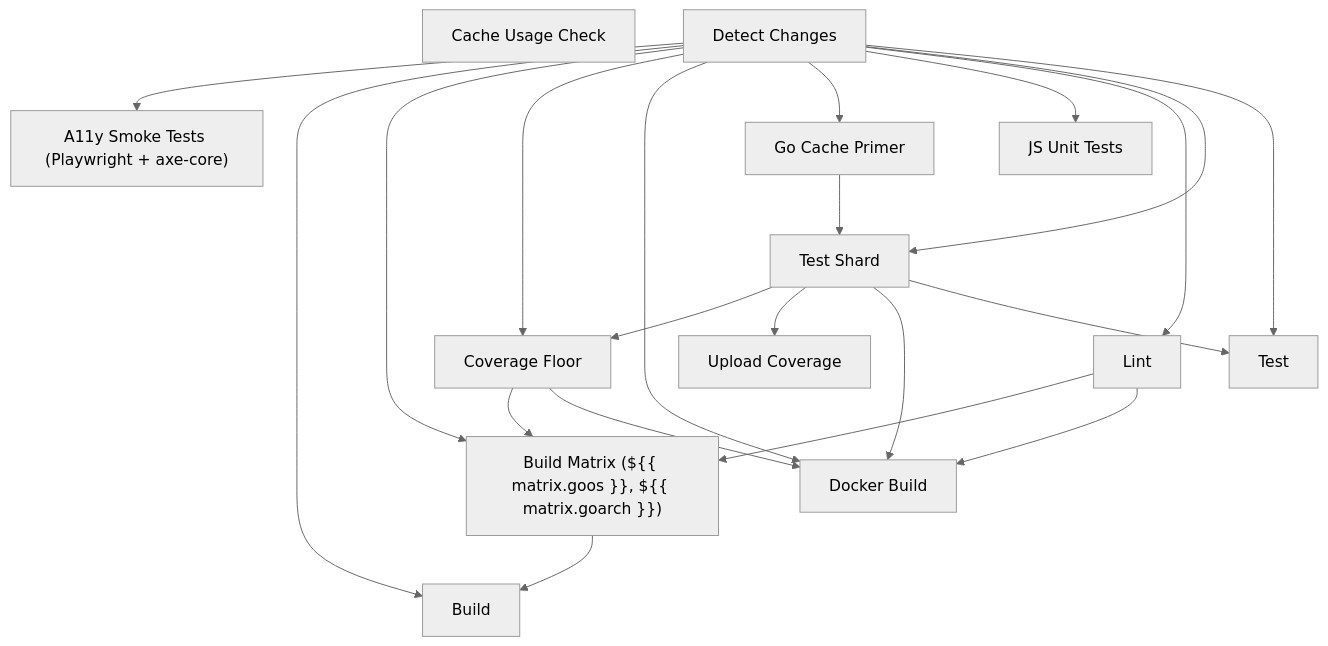
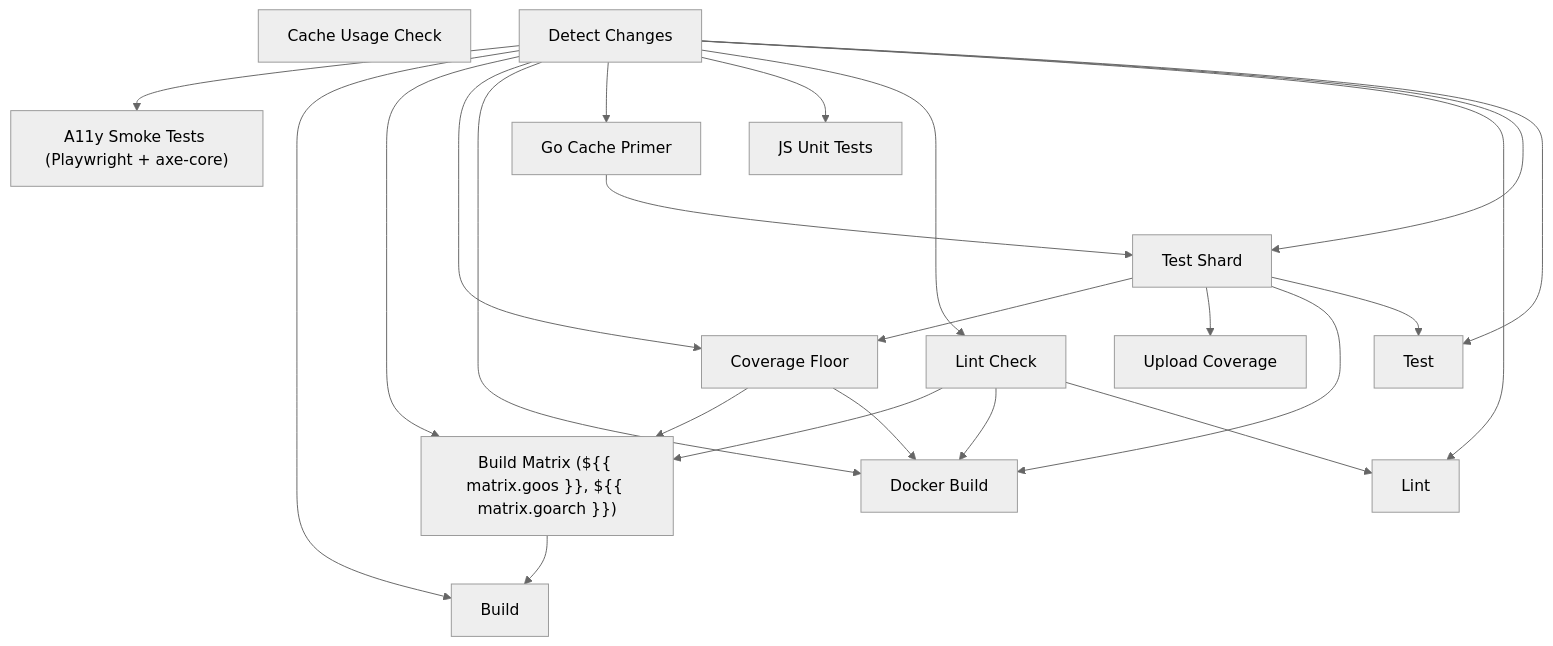
The diagram in docs/_generated/ci-reference.md (sydlexius/stillwater), drawn with Mermaid (neutral theme) before and after one commit. The commit also changed 6 other files, not shown here.

````diff
--- a/docs/_generated/ci-reference.md
+++ b/docs/_generated/ci-reference.md
@@ -9,37 +9,40 @@
 ```mermaid
 flowchart TD
     a11y_test["A11y Smoke Tests (Playwright + axe-core)"]
     build["Build"]
     build_matrix["Build Matrix (${{ matrix.goos }}, ${{ matrix.goarch }})"]
     cache_usage["Cache Usage Check"]
     changes["Detect Changes"]
     coverage_floor["Coverage Floor"]
     coverage_upload["Upload Coverage"]
     docker["Docker Build"]
     go_cache_primer["Go Cache Primer"]
     js_test["JS Unit Tests"]
-    lint["Lint"]
+    lint["Lint Check"]
+    lint_summary["Lint"]
     test["Test Shard"]
     test_summary["Test"]
 
     changes --> a11y_test
     changes --> build
     build_matrix --> build
     changes --> build_matrix
     lint --> build_matrix
     coverage_floor --> build_matrix
     changes --> coverage_floor
     test --> coverage_floor
     test --> coverage_upload
     changes --> docker
     lint --> docker
     test --> docker
     coverage_floor --> docker
     changes --> go_cache_primer
     changes --> js_test
     changes --> lint
+    changes --> lint_summary
+    lint --> lint_summary
     changes --> test
     go_cache_primer --> test
     changes --> test_summary
     test --> test_summary
 ```
````
